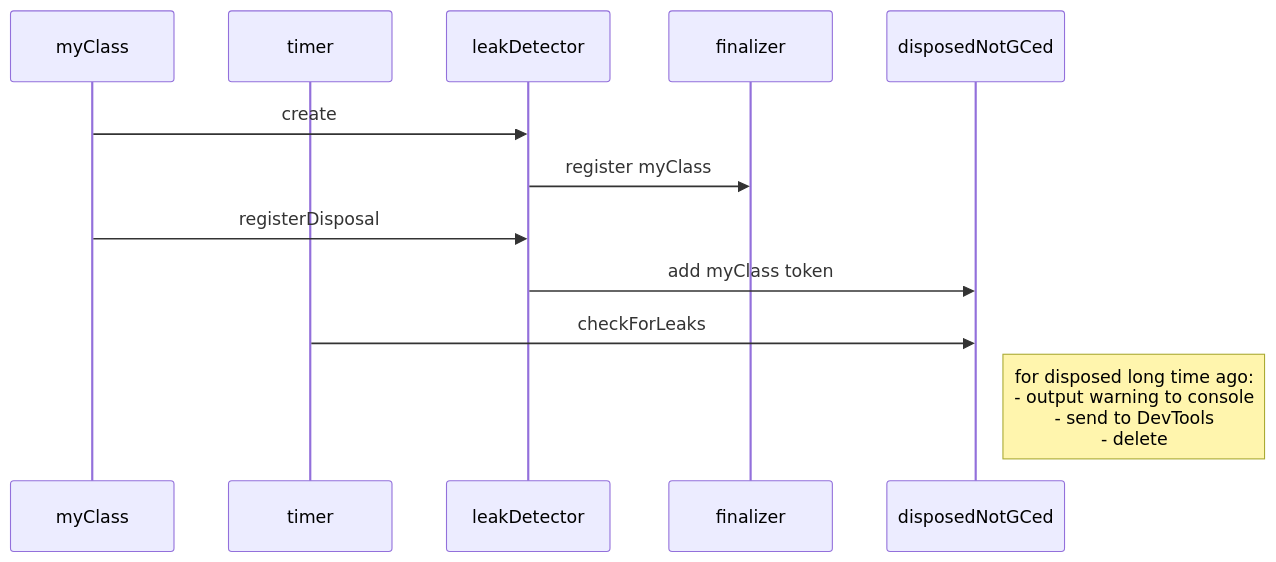
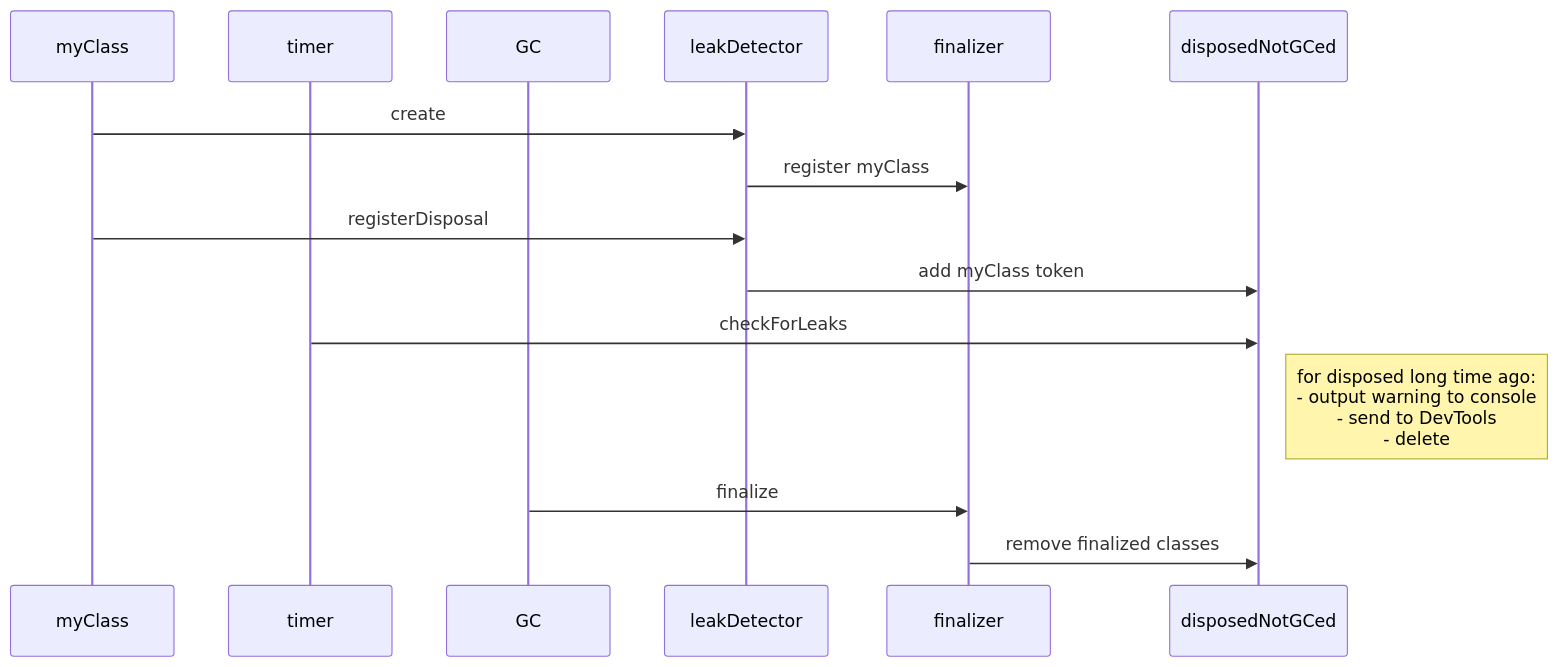
Before and after one commit to polina-c/spikes: the diagram in dart-leaks/doc/not_gced.md, drawn with Mermaid.

````diff
--- a/dart-leaks/doc/not_gced.md
+++ b/dart-leaks/doc/not_gced.md
@@ -1,12 +1,15 @@
 ```mermaid
 sequenceDiagram
     participant myClass
     participant timer
+    participant GC
+    
 	myClass ->> leakDetector: create
 	leakDetector ->> finalizer: register myClass
 	myClass ->> leakDetector: registerDisposal
 	leakDetector ->> disposedNotGCed: add myClass token
-	
 	timer ->> disposedNotGCed: checkForLeaks
-	Note right of disposedNotGCed: for disposed long time ago:<br/>- output warning to console<br/>- send to DevTools<br/>- delete 
+	Note right of disposedNotGCed: for disposed long time ago:<br/>- output warning to console<br/>- send to DevTools<br/>- delete
+	GC ->> finalizer: finalize
+	finalizer ->> disposedNotGCed: remove finalized classes	 
 ```
````
